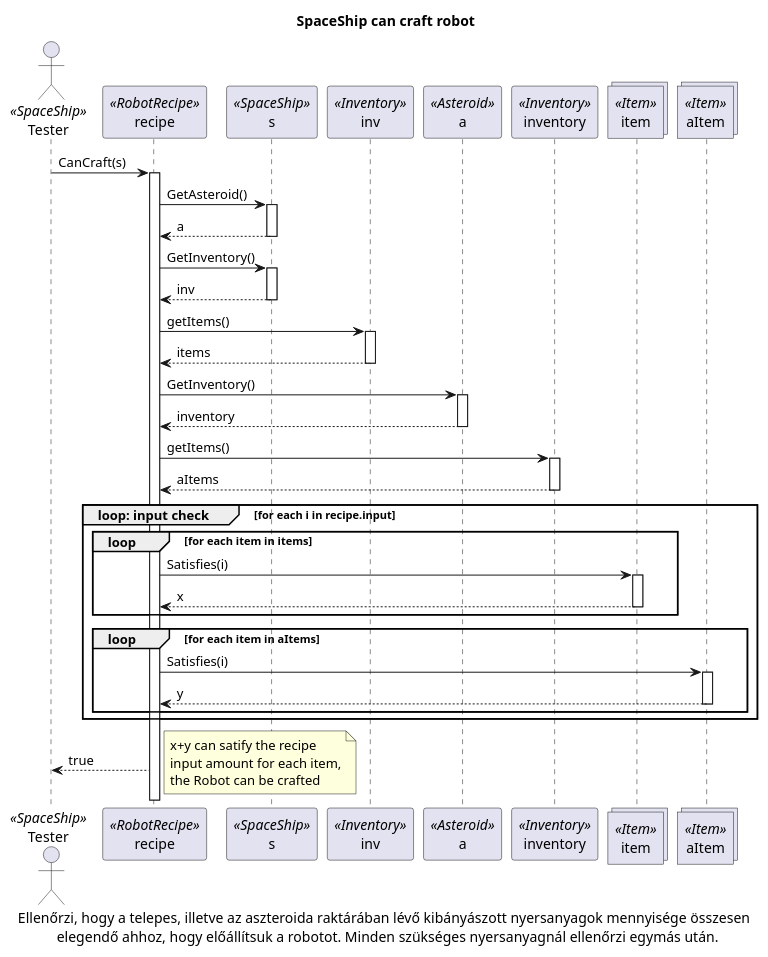
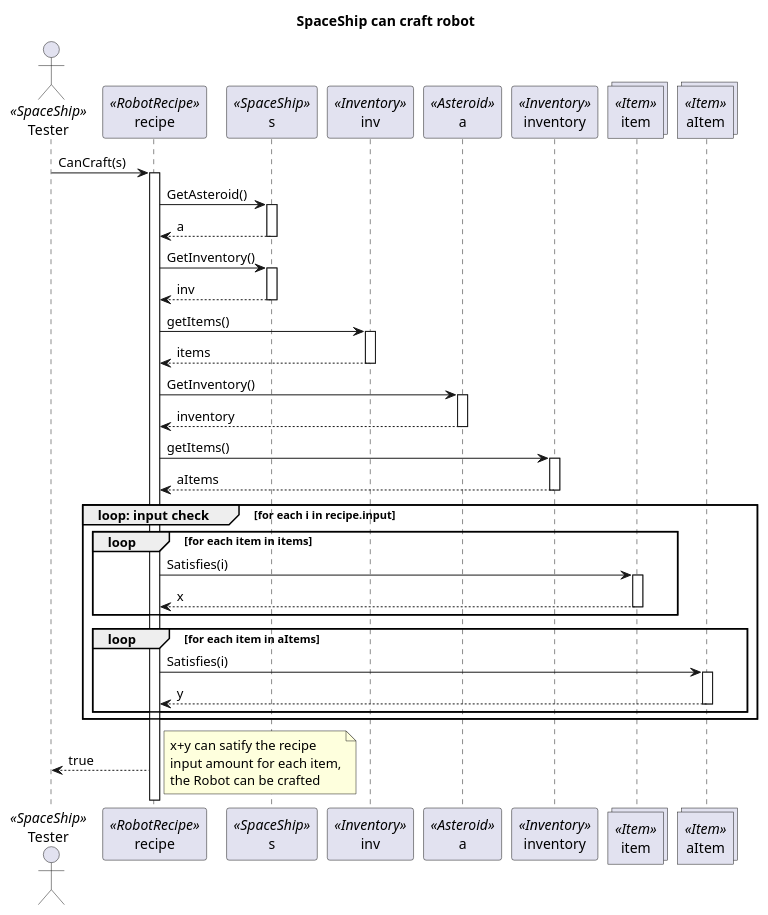
Before and after one commit to viseguard-studios/Documentation: the diagram in docs/Skeleton/diagrams/Craft_robot/sequence/2.Possible_to_craft_robot.puml, drawn with PlantUML. The commit also changed 9 other files, not shown here.

Commit message:
uml description

```diff
--- a/docs/Skeleton/diagrams/Craft_robot/sequence/2.Possible_to_craft_robot.puml
+++ b/docs/Skeleton/diagrams/Craft_robot/sequence/2.Possible_to_craft_robot.puml
@@ -1,53 +1,52 @@
 @startuml
 actor Tester as Tester <<SpaceShip>>
 participant recipe as recipe <<RobotRecipe>>
 participant s as s <<SpaceShip>>
 participant inv as inv <<Inventory>>
 participant a as a <<Asteroid>>
 participant inventory as inventory <<Inventory>>
 collections item as item <<Item>>
 collections aItem as aItem <<Item>>
 
 title SpaceShip can craft robot
 
 Tester-> recipe++: CanCraft(s)
 recipe -> s++: GetAsteroid()
 
 s --> recipe--: a
 recipe -> s++: GetInventory()
 
 s --> recipe--: inv
 
 recipe -> inv++: getItems()
 inv --> recipe--: items
 
 recipe -> a++: GetInventory()
 a --> recipe--: inventory
 
 recipe -> inventory++: getItems()
 inventory --> recipe--: aItems
 
 group loop: input check[for each i in recipe.input]
 
     group loop [for each item in items]
         recipe -> item++: Satisfies(i)
         item --> recipe--: x
     end
 
     group loop [for each item in aItems]
         recipe -> aItem++: Satisfies(i)
         aItem --> recipe--: y
     end
 end
 
 recipe --> Tester: true
 
 note right
 x+y can satify the recipe
 input amount for each item,
 the Robot can be crafted
 end note
 
-caption Ellenőrzi, hogy a telepes, illetve az aszteroida raktárában lévő kibányászott nyersanyagok mennyisége összesen \n elegendő ahhoz, hogy előállítsuk a robotot. Minden szükséges nyersanyagnál ellenőrzi egymás után. 
 
 @enduml
```
